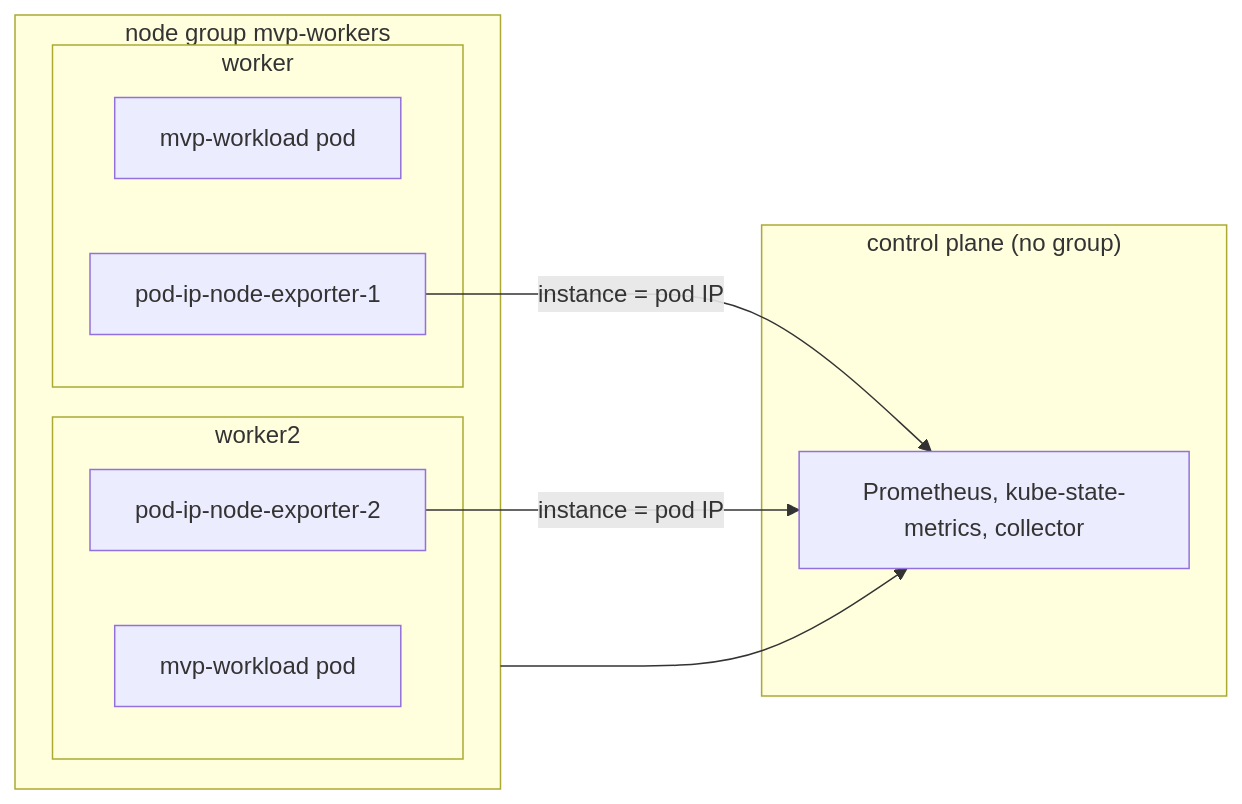
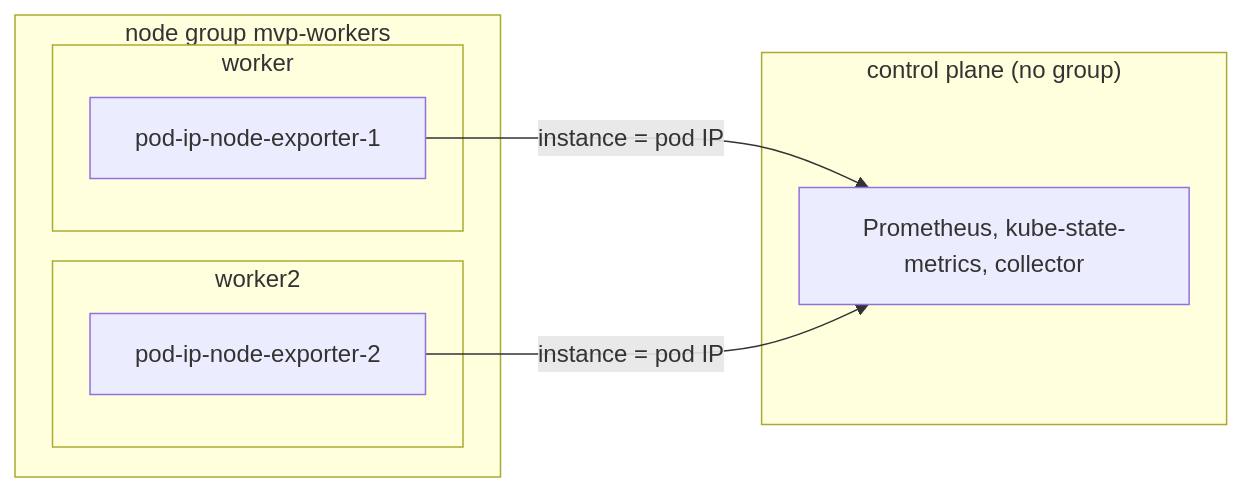
Before and after one commit to densify-dev/kubex-stack-e2e: the diagram in docs/scenarios/nodegroup-labels.md, drawn with Mermaid. The commit also changed other lines of this file and 10 other files, not shown here.

````diff
--- a/docs/scenarios/nodegroup-labels.md
+++ b/docs/scenarios/nodegroup-labels.md
@@ -32,19 +29,16 @@
 ```mermaid
 flowchart LR
   subgraph CP["control plane (no group)"]
     S["Prometheus, kube-state-metrics, collector"]
   end
   subgraph G["node group mvp-workers"]
     subgraph W1["worker"]
-      A["mvp-workload pod"]
       E1["pod-ip-node-exporter-1"]
     end
     subgraph W2["worker2"]
-      B["mvp-workload pod"]
       E2["pod-ip-node-exporter-2"]
     end
   end
   E1 -- "instance = pod IP" --> S
   E2 -- "instance = pod IP" --> S
-  G --> S
 ```
````
